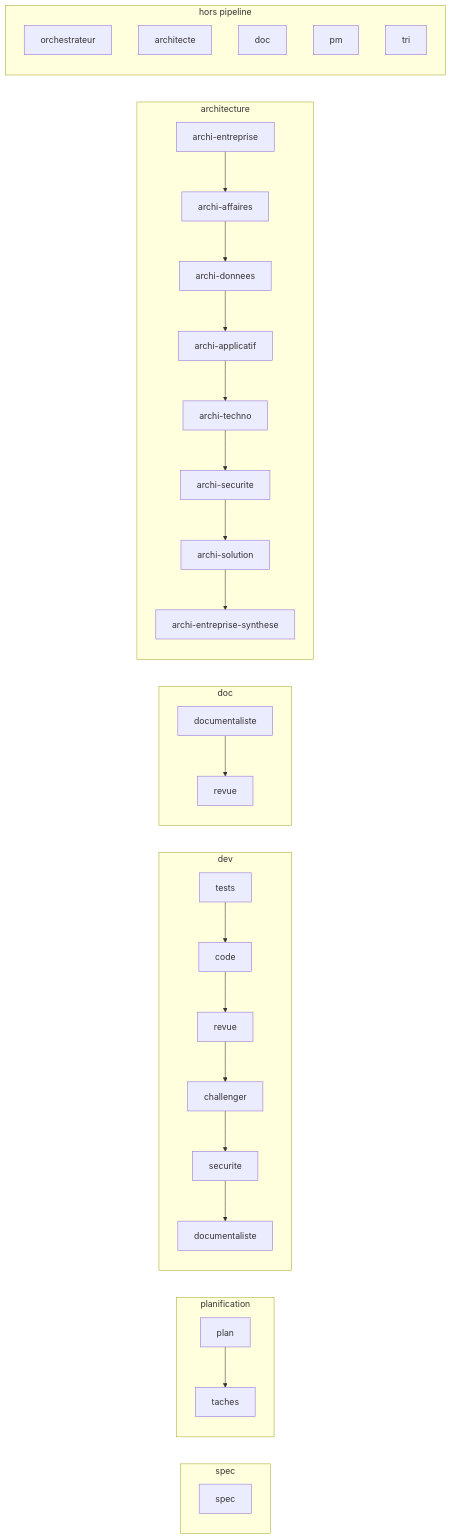
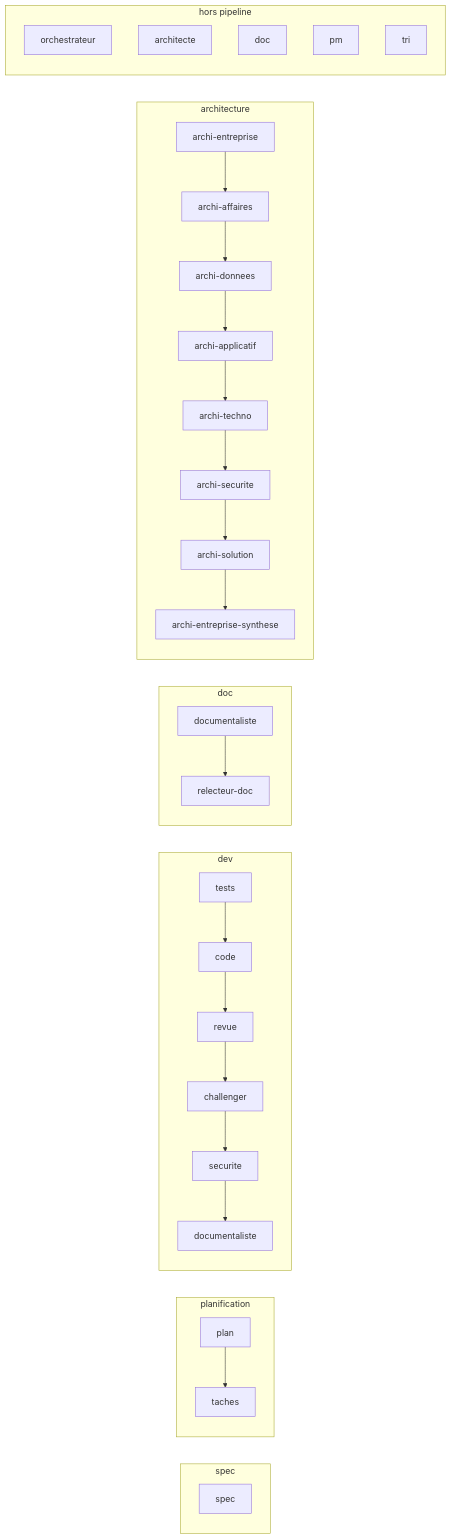
One commit to nicolaslallier/AI changed the diagram in README.md. Above: the diagram before and after it, drawn with Mermaid. The commit also changed other lines of this file and 4 other files, not shown here.

````diff
--- a/README.md
+++ b/README.md
@@ -43,53 +43,53 @@
 ```mermaid
 flowchart LR
   subgraph g0["spec"]
     g0_spec["spec"]
   end
   subgraph g1["planification"]
     g1_plan["plan"]
     g1_taches["taches"]
     g1_plan --> g1_taches
   end
   subgraph g2["dev"]
     g2_tests["tests"]
     g2_code["code"]
     g2_revue["revue"]
     g2_challenger["challenger"]
     g2_securite["securite"]
     g2_documentaliste["documentaliste"]
     g2_tests --> g2_code
     g2_code --> g2_revue
     g2_revue --> g2_challenger
     g2_challenger --> g2_securite
     g2_securite --> g2_documentaliste
   end
   subgraph g3["doc"]
     g3_documentaliste["documentaliste"]
-    g3_revue["revue"]
-    g3_documentaliste --> g3_revue
+    g3_relecteur_doc["relecteur-doc"]
+    g3_documentaliste --> g3_relecteur_doc
   end
   subgraph g4["architecture"]
     g4_archi_entreprise["archi-entreprise"]
     g4_archi_affaires["archi-affaires"]
     g4_archi_donnees["archi-donnees"]
     g4_archi_applicatif["archi-applicatif"]
     g4_archi_techno["archi-techno"]
     g4_archi_securite["archi-securite"]
     g4_archi_solution["archi-solution"]
     g4_archi_entreprise_synthese["archi-entreprise-synthese"]
     g4_archi_entreprise --> g4_archi_affaires
     g4_archi_affaires --> g4_archi_donnees
     g4_archi_donnees --> g4_archi_applicatif
     g4_archi_applicatif --> g4_archi_techno
     g4_archi_techno --> g4_archi_securite
     g4_archi_securite --> g4_archi_solution
     g4_archi_solution --> g4_archi_entreprise_synthese
   end
   subgraph g5["hors pipeline"]
     g5_orchestrateur["orchestrateur"]
     g5_architecte["architecte"]
     g5_doc["doc"]
     g5_pm["pm"]
     g5_tri["tri"]
   end
 ```
````
